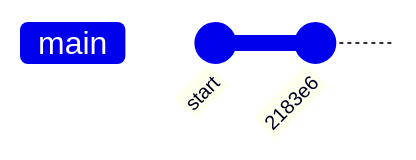
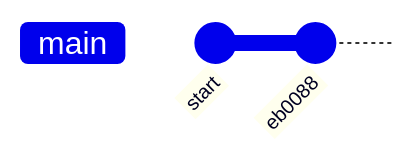
Before and after one commit to CrayFish0/text-vault: the diagram in graph.md, drawn with Mermaid.

Commit message:
Update git graph

````diff
--- a/graph.md
+++ b/graph.md
@@ -1,5 +1,5 @@
 ```mermaid
 gitGraph
    commit id: "start"
-   commit id: "2183e6"
+   commit id: "eb0088"
 ```
````
